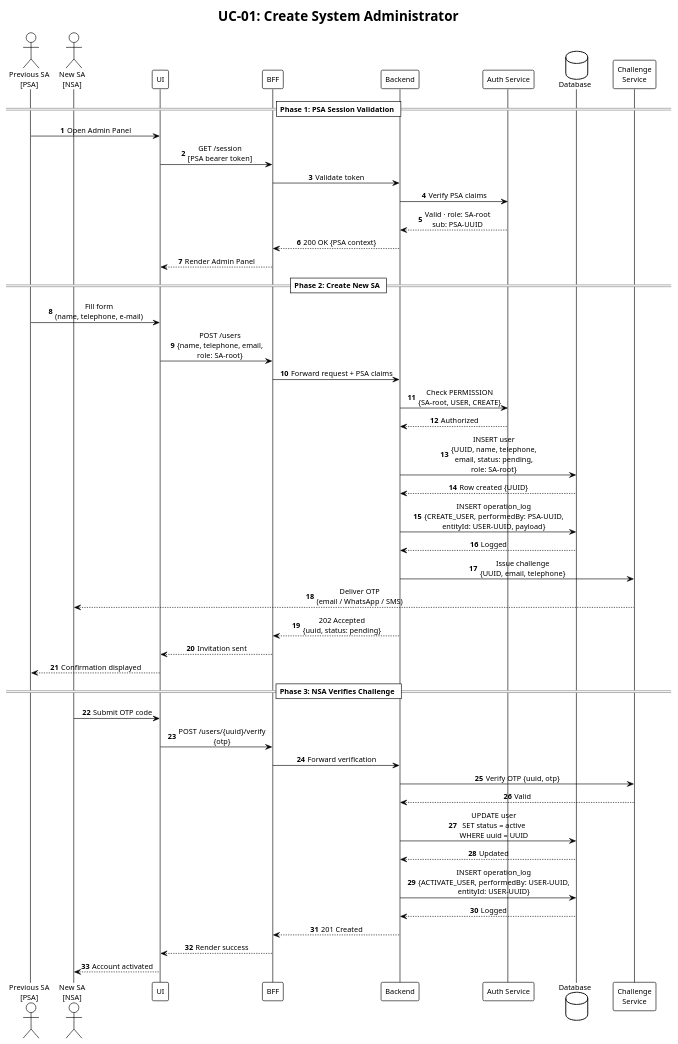
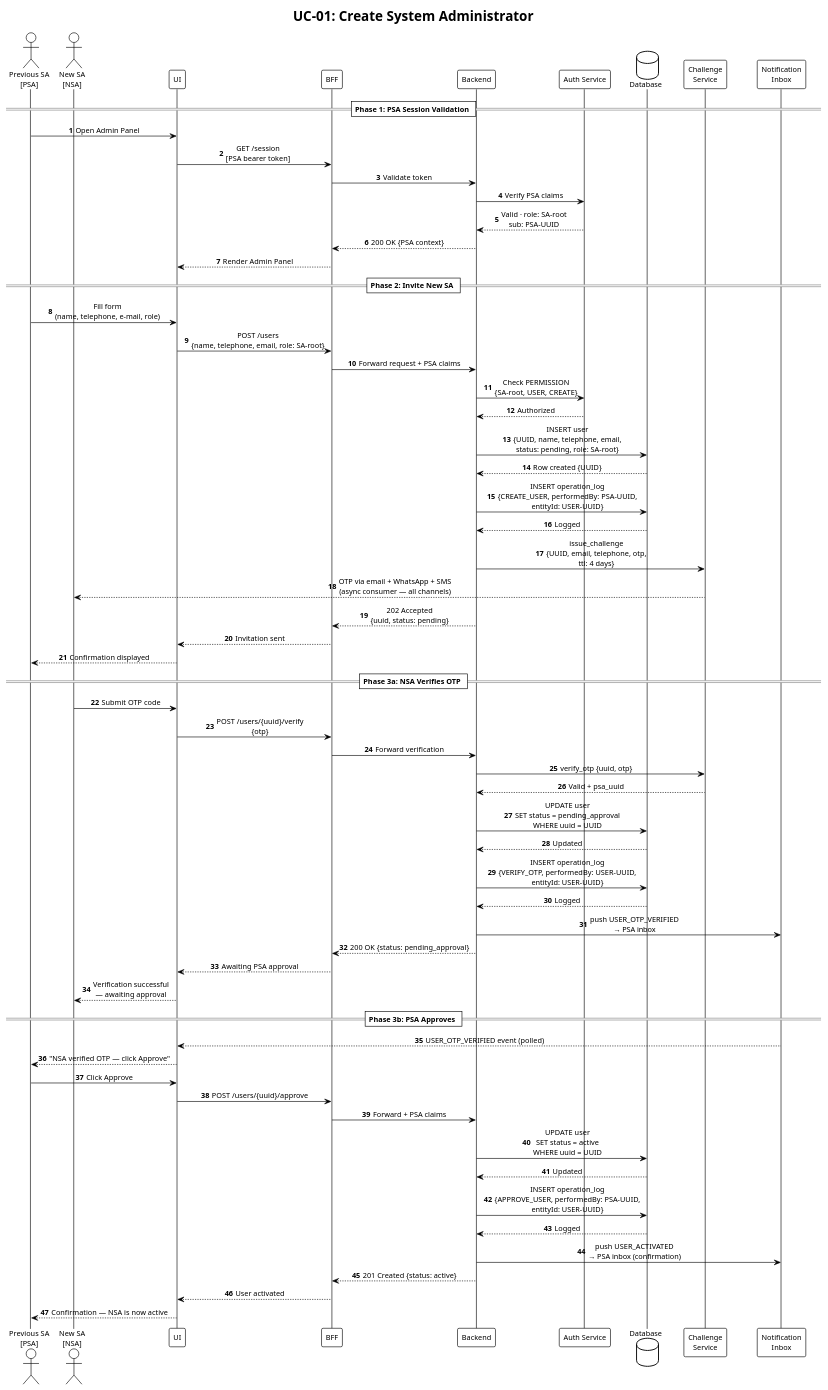
Before and after one commit to SilvestreAuricchio/b-muniai-preview: the second of 2 diagrams in docs/architecture/sequence-create-sa.md, drawn with PlantUML. The commit also changed other lines of this file and 7 other files, not shown here.

````diff
--- a/docs/architecture/sequence-create-sa.md
+++ b/docs/architecture/sequence-create-sa.md
@@ -102,7 +132,8 @@
 participant "Backend"        as BE
 participant "Auth Service"   as Auth
 database    "Database"       as DB
-participant "Challenge\nService" as Ch
+participant "Challenge\nService"      as Ch
+participant "Notification\nInbox"     as NI
 
 autonumber
 
@@ -116,44 +147,66 @@
 BE   --> BFF  : 200 OK {PSA context}
 BFF  --> UI   : Render Admin Panel
 
-== Phase 2: Create New SA ==
+== Phase 2: Invite New SA ==
 
-PSA  ->  UI   : Fill form\n(name, telephone, e-mail)
-UI   ->  BFF  : POST /users\n{name, telephone, email,\nrole: SA-root}
+PSA  ->  UI   : Fill form\n(name, telephone, e-mail, role)
+UI   ->  BFF  : POST /users\n{name, telephone, email, role: SA-root}
 BFF  ->  BE   : Forward request + PSA claims
 BE   ->  Auth : Check PERMISSION\n{SA-root, USER, CREATE}
 Auth --> BE   : Authorized
 
-BE   ->  DB   : INSERT user\n{UUID, name, telephone,\nemail, status: pending,\nrole: SA-root}
+BE   ->  DB   : INSERT user\n{UUID, name, telephone, email,\nstatus: pending, role: SA-root}
 DB   --> BE   : Row created {UUID}
 
-BE   ->  DB   : INSERT operation_log\n{CREATE_USER, performedBy: PSA-UUID,\nentityId: USER-UUID, payload}
+BE   ->  DB   : INSERT operation_log\n{CREATE_USER, performedBy: PSA-UUID,\nentityId: USER-UUID}
 DB   --> BE   : Logged
 
-BE   ->  Ch   : Issue challenge\n{UUID, email, telephone}
-Ch   --> NSA  : Deliver OTP\n(email / WhatsApp / SMS)
+BE   ->  Ch   : issue_challenge\n{UUID, email, telephone, otp,\nttl: 4 days}
+Ch   --> NSA  : OTP via email + WhatsApp + SMS\n(async consumer — all channels)
 
 BE   --> BFF  : 202 Accepted\n{uuid, status: pending}
 BFF  --> UI   : Invitation sent
 UI   --> PSA  : Confirmation displayed
 
-== Phase 3: NSA Verifies Challenge ==
+== Phase 3a: NSA Verifies OTP ==
 
 NSA  ->  UI   : Submit OTP code
 UI   ->  BFF  : POST /users/{uuid}/verify\n{otp}
 BFF  ->  BE   : Forward verification
-BE   ->  Ch   : Verify OTP {uuid, otp}
-Ch   --> BE   : Valid
+BE   ->  Ch   : verify_otp {uuid, otp}
+Ch   --> BE   : Valid + psa_uuid
+
+BE   ->  DB   : UPDATE user\nSET status = pending_approval\nWHERE uuid = UUID
+DB   --> BE   : Updated
+
+BE   ->  DB   : INSERT operation_log\n{VERIFY_OTP, performedBy: USER-UUID,\nentityId: USER-UUID}
+DB   --> BE   : Logged
+
+BE   ->  NI   : push USER_OTP_VERIFIED\n→ PSA inbox
+
+BE   --> BFF  : 200 OK {status: pending_approval}
+BFF  --> UI   : Awaiting PSA approval
+UI   --> NSA  : Verification successful\n— awaiting approval
+
+== Phase 3b: PSA Approves ==
+
+NI   --> UI   : USER_OTP_VERIFIED event (polled)
+UI   --> PSA  : "NSA verified OTP — click Approve"
+PSA  ->  UI   : Click Approve
+UI   ->  BFF  : POST /users/{uuid}/approve
+BFF  ->  BE   : Forward + PSA claims
 
 BE   ->  DB   : UPDATE user\nSET status = active\nWHERE uuid = UUID
 DB   --> BE   : Updated
 
-BE   ->  DB   : INSERT operation_log\n{ACTIVATE_USER, performedBy: USER-UUID,\nentityId: USER-UUID}
+BE   ->  DB   : INSERT operation_log\n{APPROVE_USER, performedBy: PSA-UUID,\nentityId: USER-UUID}
 DB   --> BE   : Logged
 
-BE   --> BFF  : 201 Created
-BFF  --> UI   : Render success
-UI   --> NSA  : Account activated
+BE   ->  NI   : push USER_ACTIVATED\n→ PSA inbox (confirmation)
+
+BE   --> BFF  : 201 Created {status: active}
+BFF  --> UI   : User activated
+UI   --> PSA  : Confirmation — NSA is now active
 
 @enduml
 ```
````
